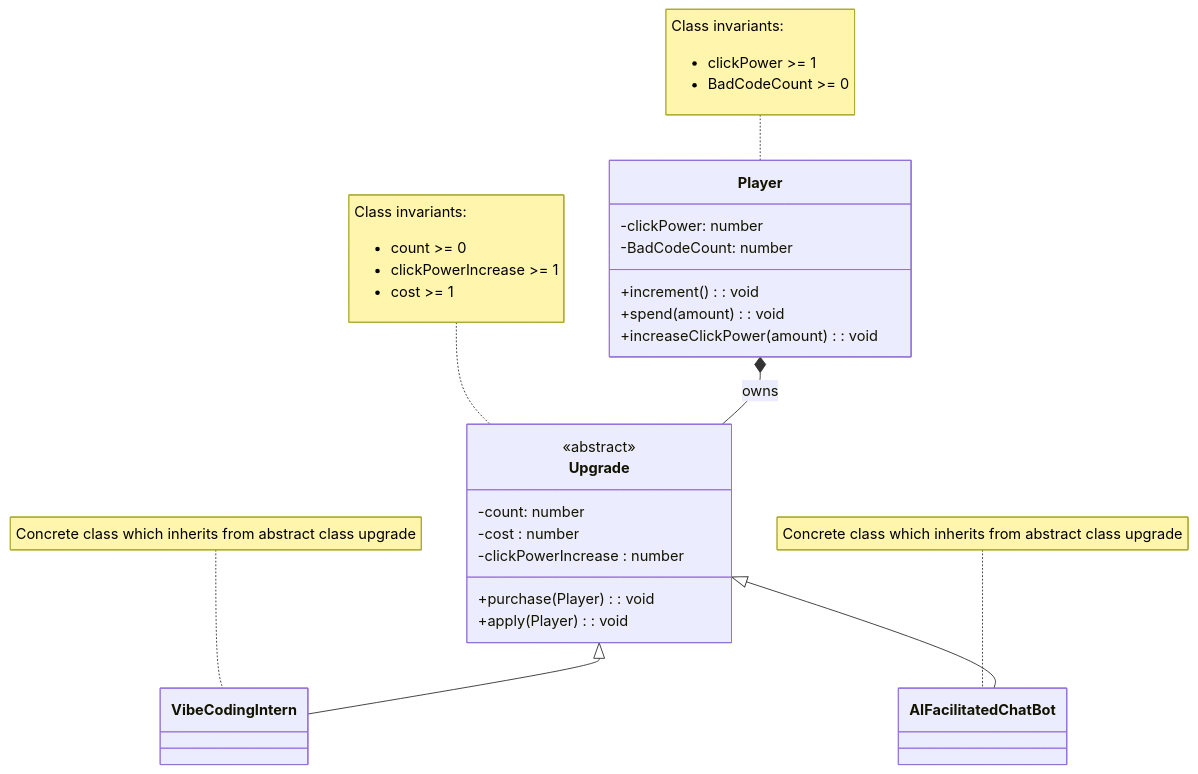
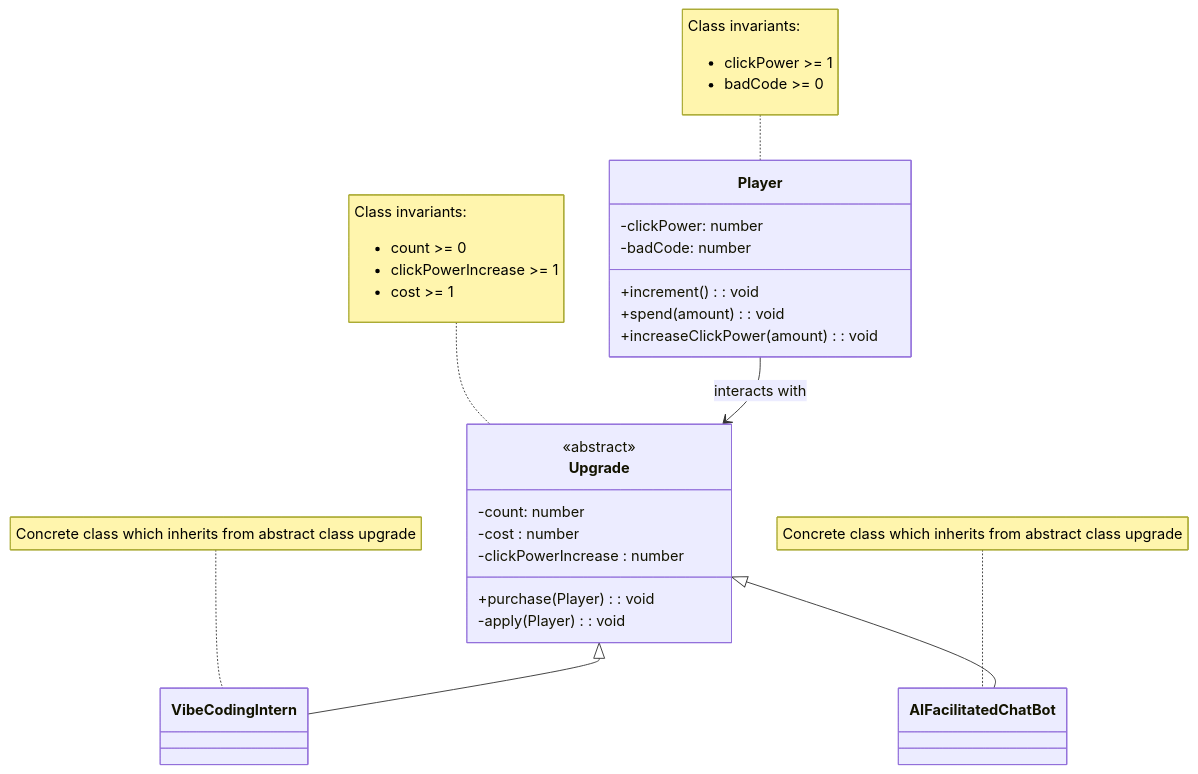
The diagram in domain.md (MoulikB/2452-project), drawn with Mermaid before and after one commit. The commit also changed other lines of this file and 16 other files, not shown here.

````diff
--- a/domain.md
+++ b/domain.md
@@ -11,45 +11,46 @@
 ```mermaid
 classDiagram
 
 class Player {
     -clickPower: number
-    -BadCodeCount: number
+    -badCode: number
     +increment() : void
     +spend(amount): void
     +increaseClickPower(amount): void
 }
 
 note for Player "Class invariants:
 <ul>
 <li>clickPower >= 1</li>
-<li>BadCodeCount >= 0</li>
+<li>badCode >= 0</li>
 </ul>"
 
 class Upgrade {
     <<abstract>>
     -count: number
     -cost : number
     -clickPowerIncrease : number
     +purchase(Player) : void
-    +apply(Player) : void
+    -apply(Player) : void
  }
 
 note for Upgrade "Class invariants:
 <ul>
 <li>count >= 0</li>
 <li>clickPowerIncrease >= 1</li>
 <li>cost >= 1</li>
 </ul>"
 
 class VibeCodingIntern
 
 class AIFacilitatedChatBot
 
 note for VibeCodingIntern "Concrete class which inherits from abstract class upgrade"
 
 note for AIFacilitatedChatBot "Concrete class which inherits from abstract class upgrade"
 Upgrade <|-- VibeCodingIntern
 Upgrade <|-- AIFacilitatedChatBot
 
-Player *-- Upgrade : owns
+Player --> Upgrade : interacts with
+
 ```
````
